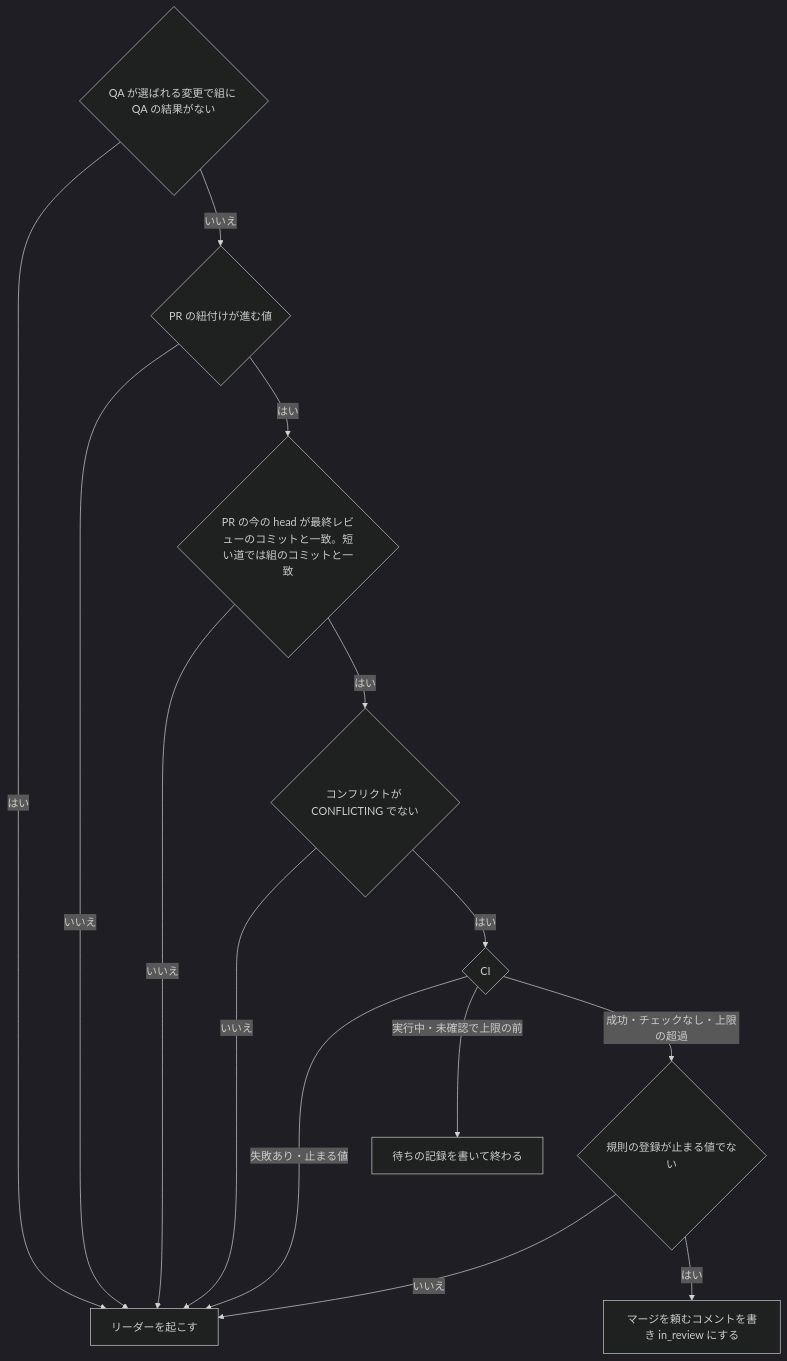
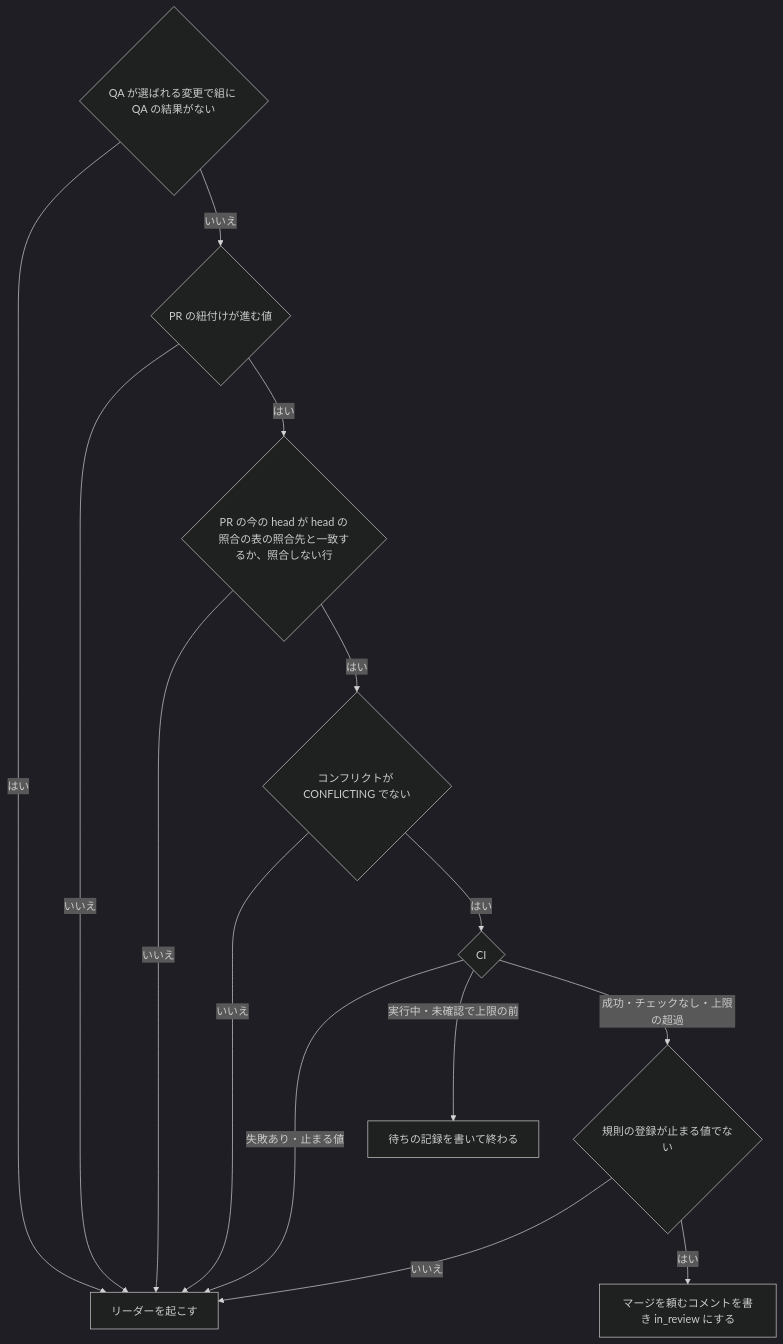
Before and after one commit to drecom/multica-squad-kit: the second of 3 diagrams in docs/review-next-step.md, drawn with Mermaid (dark theme). The commit also changed other lines of this file and 3 other files, not shown here.

````diff
--- a/docs/review-next-step.md
+++ b/docs/review-next-step.md
@@ -515,16 +515,16 @@
 ```mermaid
 flowchart TD
   A{QA が選ばれる変更で組に QA の結果がない} -- はい --> Z[リーダーを起こす]
   A -- いいえ --> B{PR の紐付けが進む値}
   B -- いいえ --> Z
-  B -- はい --> C{PR の今の head が最終レビューのコミットと一致。短い道では組のコミットと一致}
+  B -- はい --> C{PR の今の head が head の照合の表の照合先と一致するか、照合しない行}
   C -- いいえ --> Z
   C -- はい --> D{コンフリクトが CONFLICTING でない}
   D -- いいえ --> Z
   D -- はい --> E{CI}
   E -- 失敗あり・止まる値 --> Z
   E -- 実行中・未確認で上限の前 --> W[待ちの記録を書いて終わる]
   E -- 成功・チェックなし・上限の超過 --> F{規則の登録が止まる値でない}
   F -- いいえ --> Z
   F -- はい --> G[マージを頼むコメントを書き in_review にする]
 ```
````
